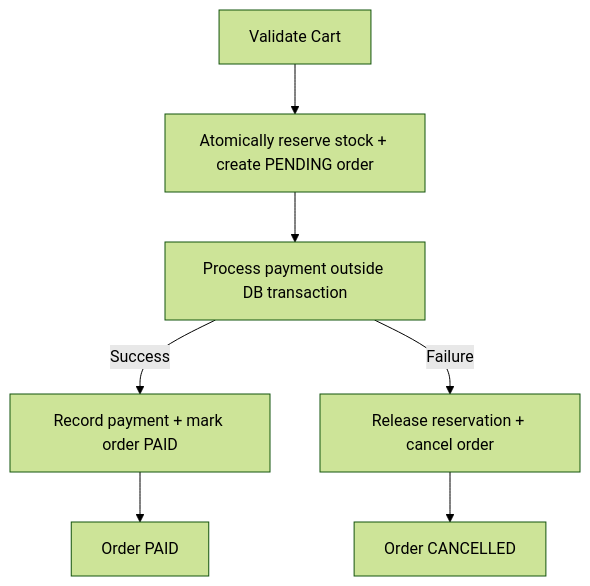
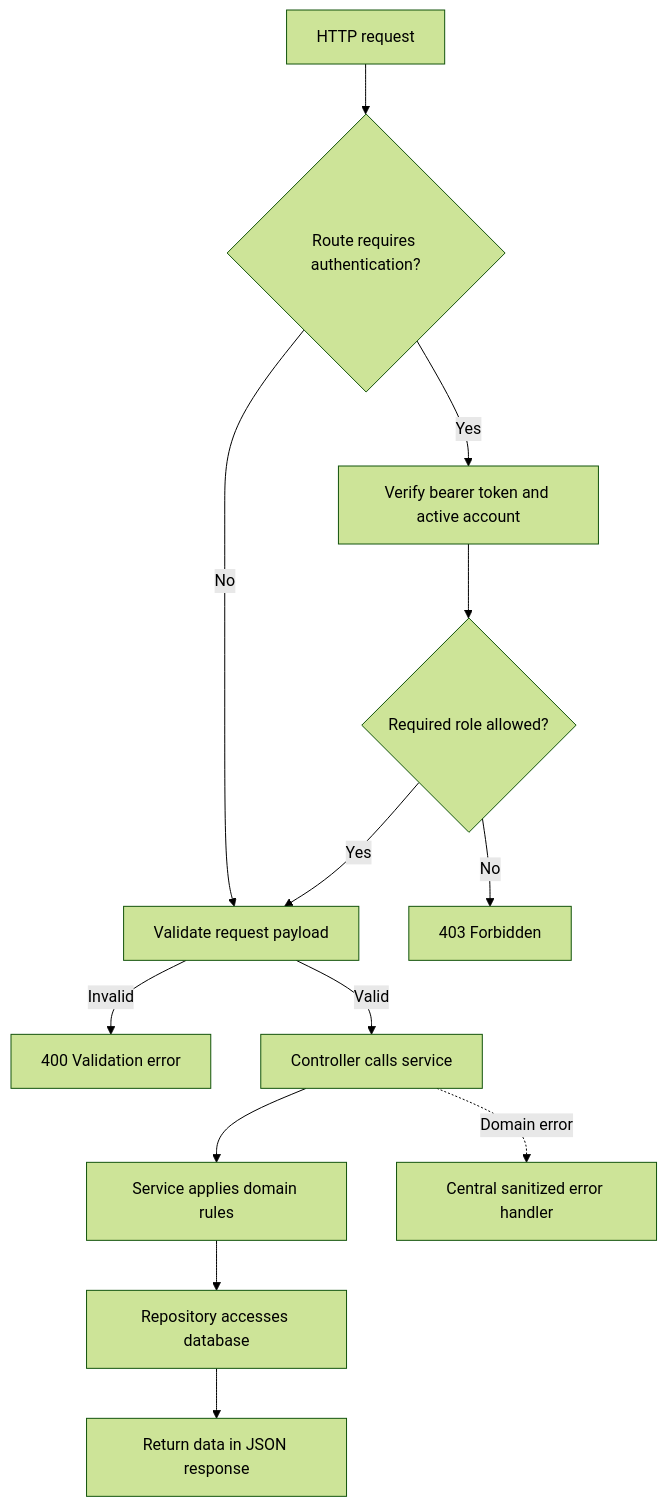
Before and after one commit to money-seoh/ecommerce-webapi-nodejs-typescript: the second of 3 diagrams in README.md, drawn with Mermaid (forest theme). The commit also changed other lines of this file, not shown here.

````diff
--- a/README.md
+++ b/README.md
@@ -114,9 +52,15 @@
 ```mermaid
 flowchart TD
-    A[Validate Cart] --> B[Atomically reserve stock + create PENDING order]
-    B --> C[Process payment outside DB transaction]
-    C -->|Success| D[Record payment + mark order PAID]
-    C -->|Failure| E[Release reservation + cancel order]
-    D --> F[Order PAID]
-    E --> G[Order CANCELLED]
+    A[HTTP request] --> B{Route requires authentication?}
+    B -->|No| D[Validate request payload]
+    B -->|Yes| C[Verify bearer token and active account]
+    C --> E{Required role allowed?}
+    E -->|No| F[403 Forbidden]
+    E -->|Yes| D
+    D -->|Invalid| G[400 Validation error]
+    D -->|Valid| H[Controller calls service]
+    H --> I[Service applies domain rules]
+    I --> J[Repository accesses database]
+    J --> K[Return data in JSON response]
+    H -.->|Domain error| L[Central sanitized error handler]
 ```
````
